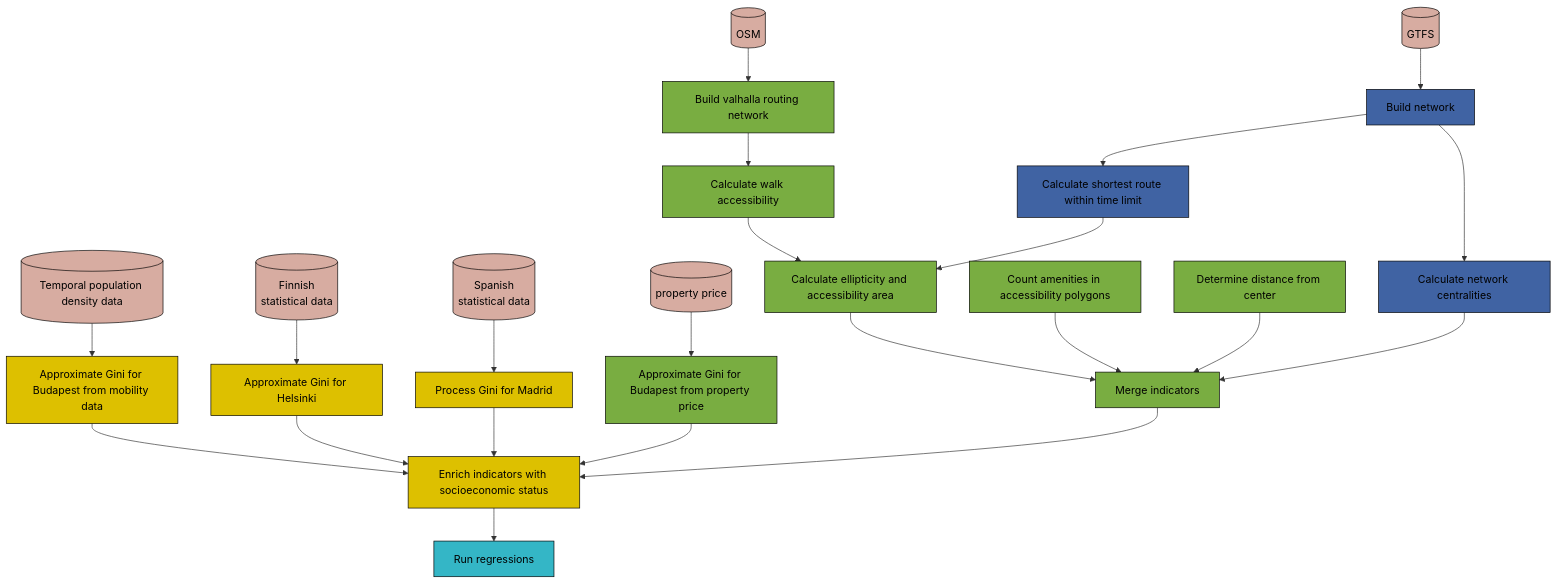
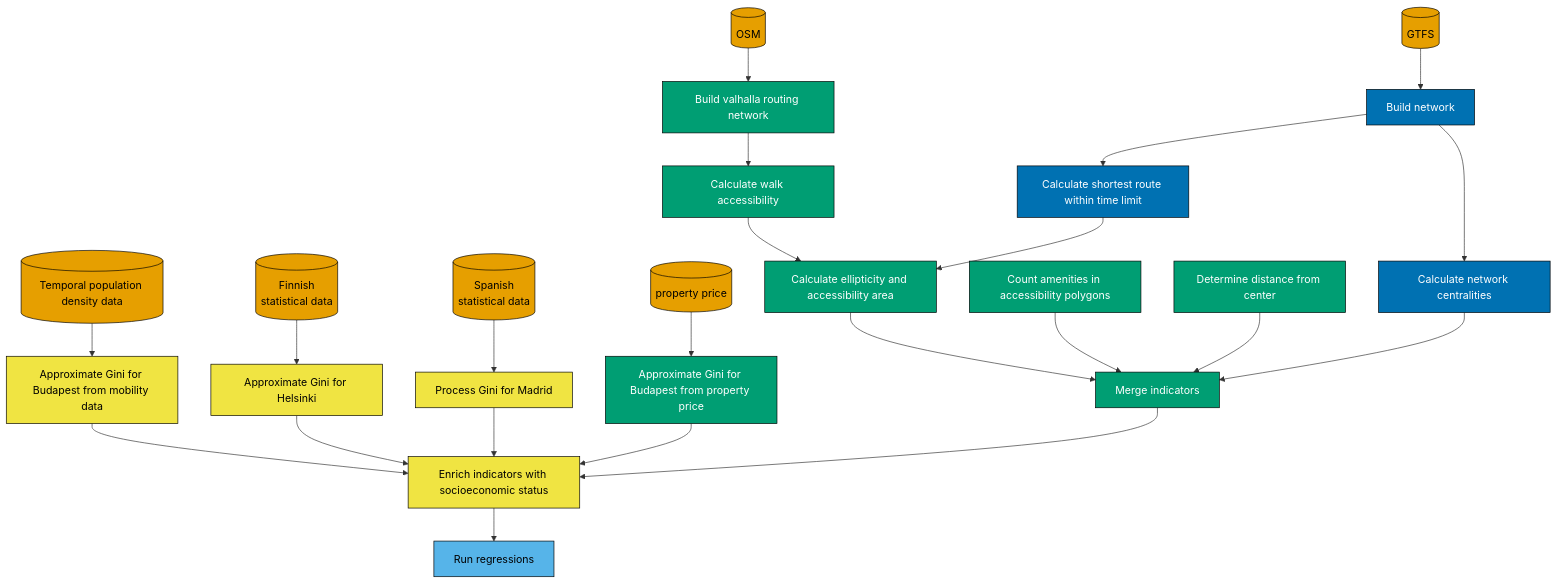
Before and after one commit to ANETILab/stop_accessibility: the diagram in README.md, drawn with Mermaid.

Commit message:
Use white text for darkblue and green boxes GH-13

````diff
--- a/README.md
+++ b/README.md
@@ -170,63 +170,63 @@
 ```mermaid
 flowchart TD
 
     gini_bud2[Approximate Gini for Budapest from property price]:::gp
     gini_bud[Approximate Gini for Budapest from mobility data]:::zz
     gini_hel[Approximate Gini for Helsinki]:::zz
     gini_mad[Process Gini for Madrid]:::zz
     socioecon[Enrich indicators with socioeconomic status]:::zz
     regressions[Run regressions]:::bl
     sp_stat[(Spanish<br>statistical data)]:::data
     fi_stat[(Finnish<br>statistical data)]:::data
     tkom[(Temporal population density data)]:::data
 
     gtfs[(GTFS)]:::data
     osm[(OSM)]:::data
     pp[(property price)]:::data
     network[Build network]:::mm
     dfs[Calculate shortest route within time limit]:::mm
     centrality[Calculate network centralities]:::mm
     valhalla[Build valhalla routing network]:::gp
 
     %%stage0[Extract accessible stops]
     stage1[Calculate walk accessibility]:::gp
     stage2[Calculate ellipticity and accessibility area]:::gp
     stage3[Count amenities in accessibility polygons]:::gp
     stage4[Determine distance from center]:::gp
     stage5[Merge indicators]:::gp
 
     %%stage0 --> stage2
     stage1 --> stage2
     stage2 --> stage5
     stage3 --> stage5
     stage4 --> stage5
 
     osm --> valhalla
     valhalla --> stage1
     gtfs --> network
     network --> centrality
     network --> dfs
     dfs --> stage2
 
     pp --> gini_bud2
 
     gini_bud --> socioecon
     fi_stat --> gini_hel
     gini_hel --> socioecon
     sp_stat --> gini_mad
     gini_mad --> socioecon
     gini_bud2 --> socioecon
 
     tkom --> gini_bud
 
     centrality --> stage5
     stage5 --> socioecon
     socioecon --> regressions
 
-    classDef data fill: #d7aca1, color: black, stroke: black
-    classDef bl fill: #34b6c6, color: black, stroke: black
-    classDef gp fill: #79ad41, color: black, stroke: black
-    classDef mm fill: #4063a3, color: black, stroke: black
-    classDef zz fill: #ddc000, color: black, stroke: black
+    classDef data fill: #e69f00, color: black, stroke: black
+    classDef bl fill: #56b4e9, color: black, stroke: black
+    classDef gp fill: #009e73, color: white, stroke: black
+    classDef zz fill: #f0e442, color: black, stroke: black
+    classDef mm fill: #0071b2, color: white, stroke: black
 
 ```
````
